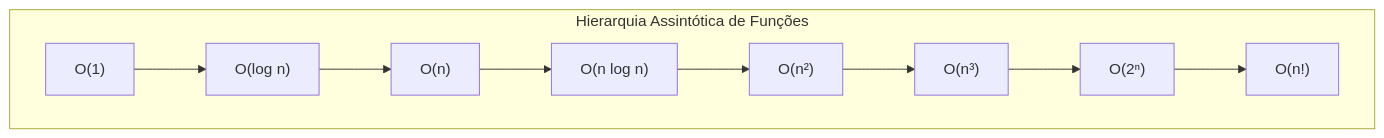
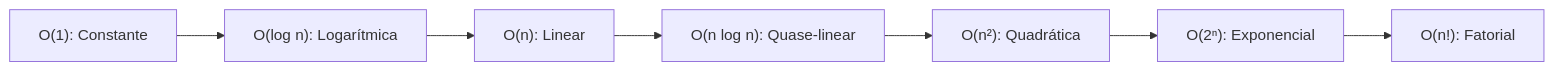
One commit to murilolol/unifef changed diagram 11 of 33 in 4º Semestre/[Prof. Wesley Soares] Estrutura de Dados I/Resumos-IA/Caderno-Consolidado.md. Above: the diagram before and after it, drawn with Mermaid. The commit also changed other lines of this file and 18 other files, not shown here.

````diff
--- a/4º Semestre/[Prof. Wesley Soares] Estrutura de Dados I/Resumos-IA/Caderno-Consolidado.md
+++ b/4º Semestre/[Prof. Wesley Soares] Estrutura de Dados I/Resumos-IA/Caderno-Consolidado.md
@@ -461,13 +549,9 @@
 ```mermaid
 flowchart LR
-    subgraph Dominancia["Hierarquia Assintótica de Funções"]
-        direction LR
-        O1["O(1)"] --> Ologn["O(log n)"]
-        Ologn --> On["O(n)"]
-        On --> Onlogn["O(n log n)"]
-        Onlogn --> On2["O(n²)"]
-        On2 --> On3["O(n³)"]
-        On3 --> O2n["O(2ⁿ)"]
-        O2n --> Onfat["O(n!)"]
-    end
+    C1["O(1): Constante"] --> C2["O(log n): Logarítmica"]
+    C2 --> C3["O(n): Linear"]
+    C3 --> C4["O(n log n): Quase-linear"]
+    C4 --> C5["O(n²): Quadrática"]
+    C5 --> C6["O(2ⁿ): Exponencial"]
+    C6 --> C7["O(n!): Fatorial"]
 ```
````
